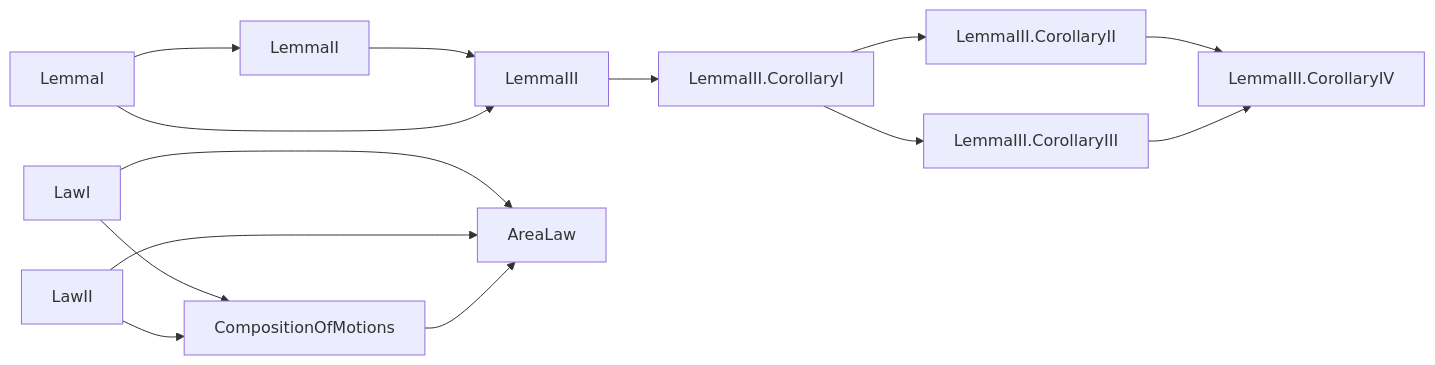
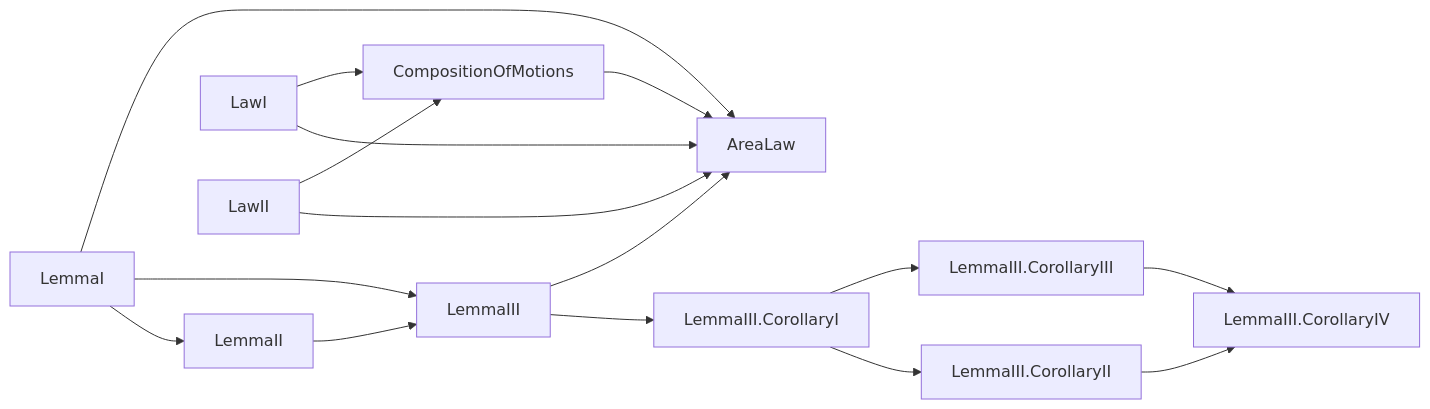
The seventh of 7 diagrams in research/figures.md (arivero/newtonlean), drawn with Mermaid before and after one commit. The commit also changed other lines of this file and 4 other files, not shown here.

````diff
--- a/research/figures.md
+++ b/research/figures.md
@@ -183,16 +187,18 @@
 ```mermaid
 flowchart LR
   LemmaII["LemmaII"] --> LemmaIII["LemmaIII"]
   LawI["LawI"] --> CompositionOfMotions["CompositionOfMotions"]
   LawII["LawII"] --> CompositionOfMotions["CompositionOfMotions"]
   LawI["LawI"] --> AreaLaw["AreaLaw"]
   LawII["LawII"] --> AreaLaw["AreaLaw"]
   CompositionOfMotions["CompositionOfMotions"] --> AreaLaw["AreaLaw"]
+  LemmaIII["LemmaIII"] --> AreaLaw["AreaLaw"]
+  LemmaI["LemmaI"] --> AreaLaw["AreaLaw"]
   LemmaI["LemmaI"] --> LemmaIII["LemmaIII"]
   LemmaIII_CorollaryII["LemmaIII.CorollaryII"] --> LemmaIII_CorollaryIV["LemmaIII.CorollaryIV"]
   LemmaIII_CorollaryIII["LemmaIII.CorollaryIII"] --> LemmaIII_CorollaryIV["LemmaIII.CorollaryIV"]
   LemmaIII_CorollaryI["LemmaIII.CorollaryI"] --> LemmaIII_CorollaryIII["LemmaIII.CorollaryIII"]
   LemmaI["LemmaI"] --> LemmaII["LemmaII"]
   LemmaIII_CorollaryI["LemmaIII.CorollaryI"] --> LemmaIII_CorollaryII["LemmaIII.CorollaryII"]
   LemmaIII["LemmaIII"] --> LemmaIII_CorollaryI["LemmaIII.CorollaryI"]
 ```
````
